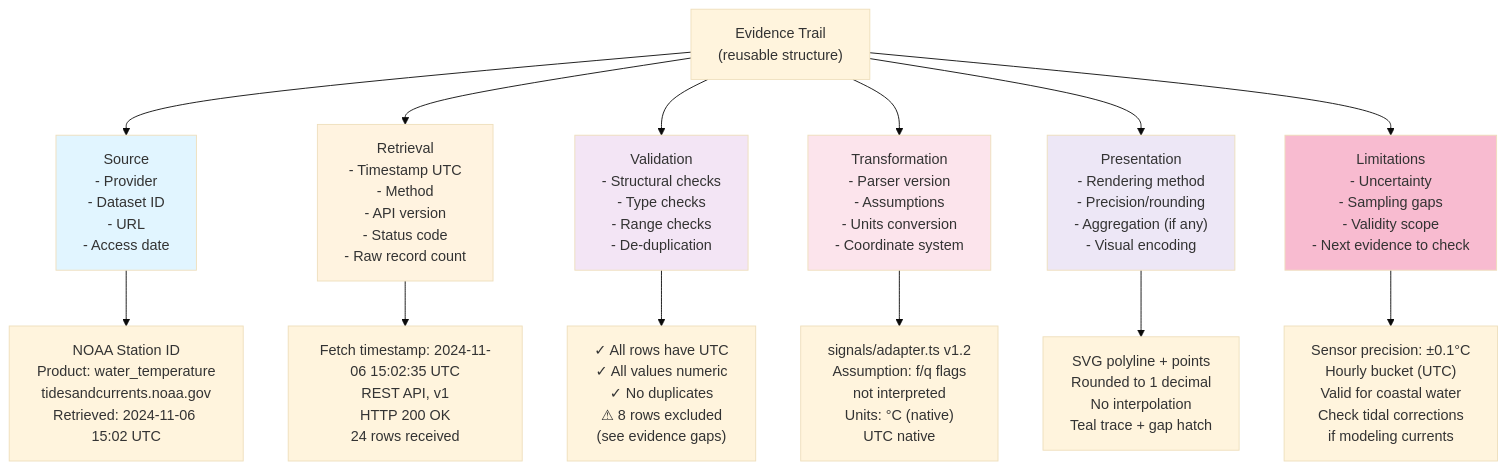
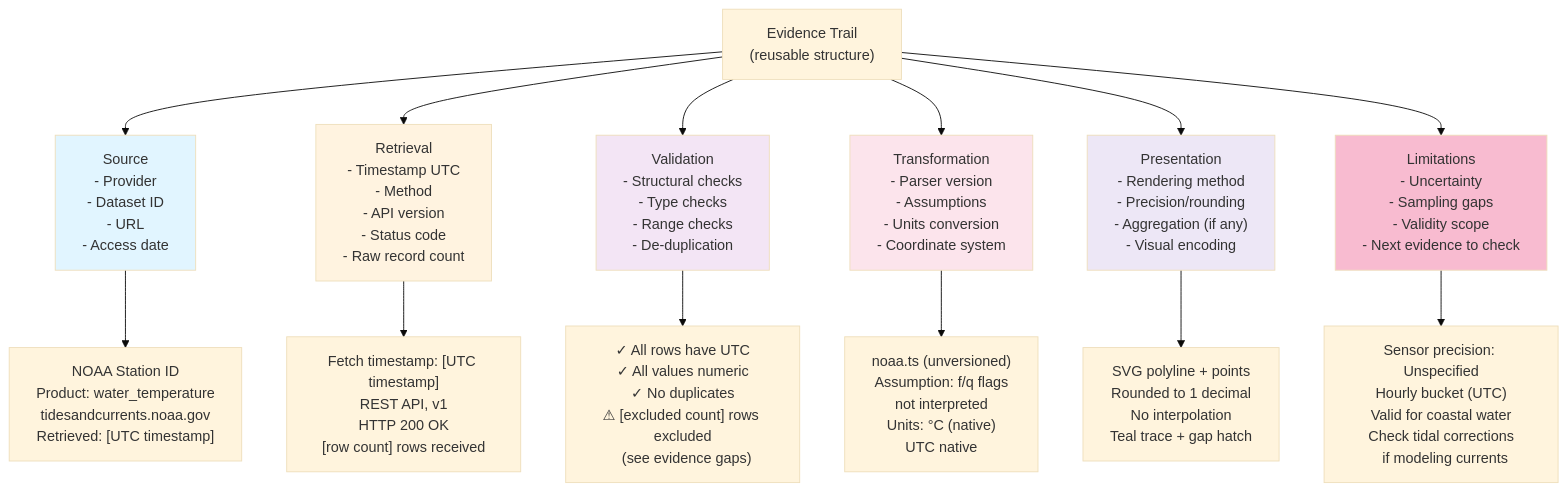
Before and after one commit to DanielBarletta81/strata-builds: the diagram in docs/strata-016/STRATA-016-EVIDENCE-TRAIL.md, drawn with Mermaid (base theme). The commit also changed other lines of this file and 1 other file, not shown here.

First line of the commit message:
STRATA-016: Complete documentation corrections — remove all fabricated claims

````diff
--- a/docs/strata-016/STRATA-016-EVIDENCE-TRAIL.md
+++ b/docs/strata-016/STRATA-016-EVIDENCE-TRAIL.md
@@ -27,35 +27,35 @@
 ```mermaid
 graph TD
     A["Evidence Trail<br/>(reusable structure)"]
     
     A --> B["Source<br/>- Provider<br/>- Dataset ID<br/>- URL<br/>- Access date"]
     
     A --> C["Retrieval<br/>- Timestamp UTC<br/>- Method<br/>- API version<br/>- Status code<br/>- Raw record count"]
     
     A --> D["Validation<br/>- Structural checks<br/>- Type checks<br/>- Range checks<br/>- De-duplication"]
     
     A --> E["Transformation<br/>- Parser version<br/>- Assumptions<br/>- Units conversion<br/>- Coordinate system"]
     
     A --> F["Presentation<br/>- Rendering method<br/>- Precision/rounding<br/>- Aggregation (if any)<br/>- Visual encoding"]
     
     A --> G["Limitations<br/>- Uncertainty<br/>- Sampling gaps<br/>- Validity scope<br/>- Next evidence to check"]
     
-    B --> H["NOAA Station ID<br/>Product: water_temperature<br/>tidesandcurrents.noaa.gov<br/>Retrieved: 2024-11-06 15:02 UTC"]
+    B --> H["NOAA Station ID<br/>Product: water_temperature<br/>tidesandcurrents.noaa.gov<br/>Retrieved: [UTC timestamp]"]
     
-    C --> I["Fetch timestamp: 2024-11-06 15:02:35 UTC<br/>REST API, v1<br/>HTTP 200 OK<br/>24 rows received"]
+    C --> I["Fetch timestamp: [UTC timestamp]<br/>REST API, v1<br/>HTTP 200 OK<br/>[row count] rows received"]
     
-    D --> J["✓ All rows have UTC<br/>✓ All values numeric<br/>✓ No duplicates<br/>⚠ 8 rows excluded<br/>  (see evidence gaps)"]
+    D --> J["✓ All rows have UTC<br/>✓ All values numeric<br/>✓ No duplicates<br/>⚠ [excluded count] rows excluded<br/>  (see evidence gaps)"]
     
-    E --> K["signals/adapter.ts v1.2<br/>Assumption: f/q flags<br/>  not interpreted<br/>Units: °C (native)<br/>UTC native"]
+    E --> K["noaa.ts (unversioned)<br/>Assumption: f/q flags<br/>  not interpreted<br/>Units: °C (native)<br/>UTC native"]
     
     F --> L["SVG polyline + points<br/>Rounded to 1 decimal<br/>No interpolation<br/>Teal trace + gap hatch"]
     
-    G --> M["Sensor precision: ±0.1°C<br/>Hourly bucket (UTC)<br/>Valid for coastal water<br/>Check tidal corrections<br/>  if modeling currents"]
+    G --> M["Sensor precision: Unspecified<br/>Hourly bucket (UTC)<br/>Valid for coastal water<br/>Check tidal corrections<br/>  if modeling currents"]
     
     style B fill:#e1f5ff
     style C fill:#fff3e0
     style D fill:#f3e5f5
     style E fill:#fce4ec
     style F fill:#ede7f6
     style G fill:#f8bbd0
 ```
````
